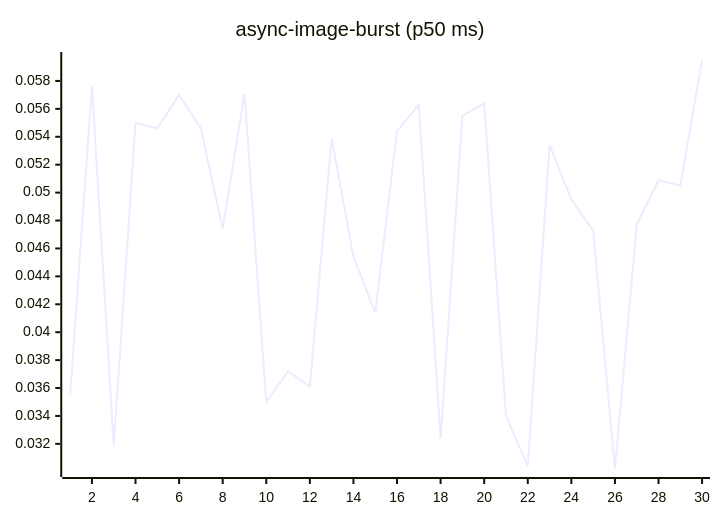
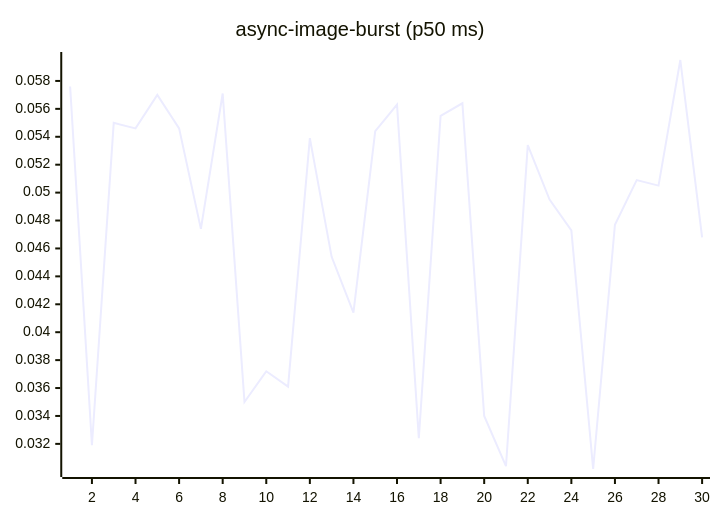
The fourth of 27 diagrams in README.md (josha/Facet), drawn with Mermaid before and after one commit. The commit also changed other lines of this file and 2 other files, not shown here.

````diff
--- a/README.md
+++ b/README.md
@@ -84,6 +84,6 @@
 ```mermaid
 xychart-beta
     title "async-image-burst (p50 ms)"
     x-axis 1 --> 30
-    line [0.0355, 0.0576, 0.0319, 0.0550, 0.0546, 0.0570, 0.0546, 0.0474, 0.0571, 0.0350, 0.0372, 0.0361, 0.0539, 0.0454, 0.0414, 0.0544, 0.0563, 0.0324, 0.0555, 0.0564, 0.0340, 0.0304, 0.0534, 0.0495, 0.0473, 0.0302, 0.0477, 0.0509, 0.0505, 0.0595]
+    line [0.0576, 0.0319, 0.0550, 0.0546, 0.0570, 0.0546, 0.0474, 0.0571, 0.0350, 0.0372, 0.0361, 0.0539, 0.0454, 0.0414, 0.0544, 0.0563, 0.0324, 0.0555, 0.0564, 0.0340, 0.0304, 0.0534, 0.0495, 0.0473, 0.0302, 0.0477, 0.0509, 0.0505, 0.0595, 0.0468]
 ```
````
